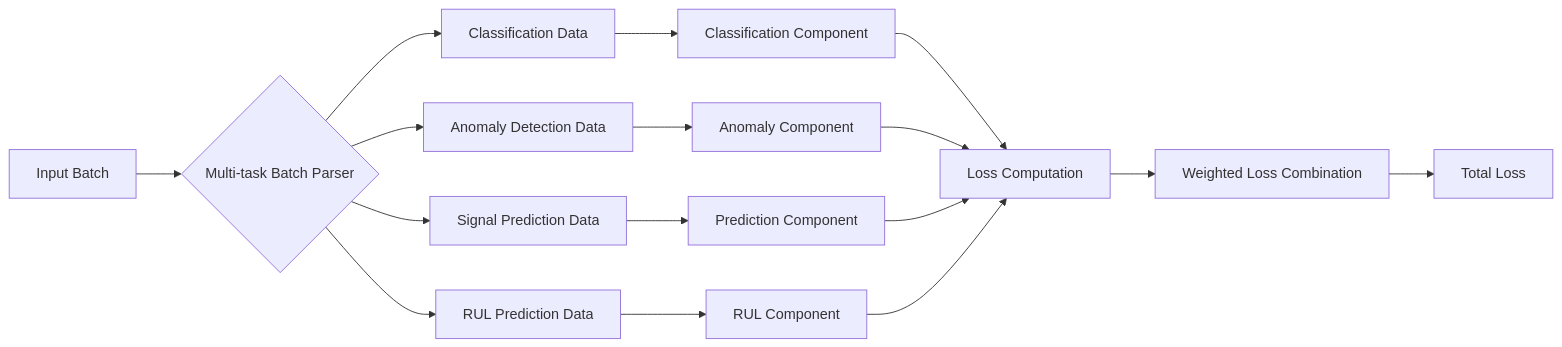
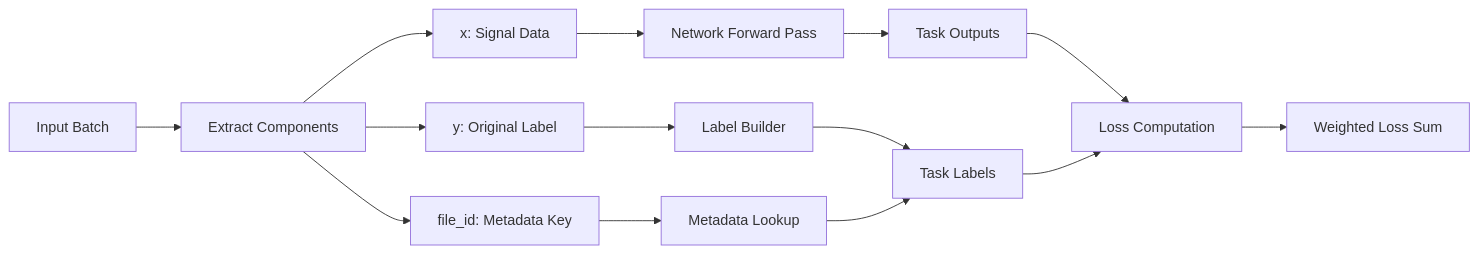
One commit to PHMbench/PHM-Vibench changed the fourth of 4 diagrams in .claude/specs/multi-task-refactor/design.md. Above: the diagram before and after it, drawn with Mermaid. The commit also changed other lines of this file and 23 other files, not shown here.

First line of the commit message:
feat: Implement multi-task PHM framework with modular task heads for classification, anomaly detection, signal prediction, and RUL prediction

````diff
--- a/.claude/specs/multi-task-refactor/design.md
+++ b/.claude/specs/multi-task-refactor/design.md
@@ -389,21 +166,19 @@
 ```mermaid
 graph LR
-    A[Input Batch] --> B{Multi-task Batch Parser}
-    B --> C[Classification Data]
-    B --> D[Anomaly Detection Data]
-    B --> E[Signal Prediction Data]
-    B --> F[RUL Prediction Data]
+    A[Input Batch] --> B[Extract Components]
+    B --> C[x: Signal Data]
+    B --> D[y: Original Label]  
+    B --> E[file_id: Metadata Key]
     
-    C --> G[Classification Component]
-    D --> H[Anomaly Component]
-    E --> I[Prediction Component]
-    F --> J[RUL Component]
+    C --> F[Network Forward Pass]
+    D --> G[Label Builder]
+    E --> H[Metadata Lookup]
     
-    G --> K[Loss Computation]
-    H --> K
-    I --> K
+    F --> I[Task Outputs]
+    G --> J[Task Labels]
+    H --> J
+    
+    I --> K[Loss Computation]
     J --> K
-    
-    K --> L[Weighted Loss Combination]
-    L --> M[Total Loss]
+    K --> L[Weighted Loss Sum]
 ```
````
